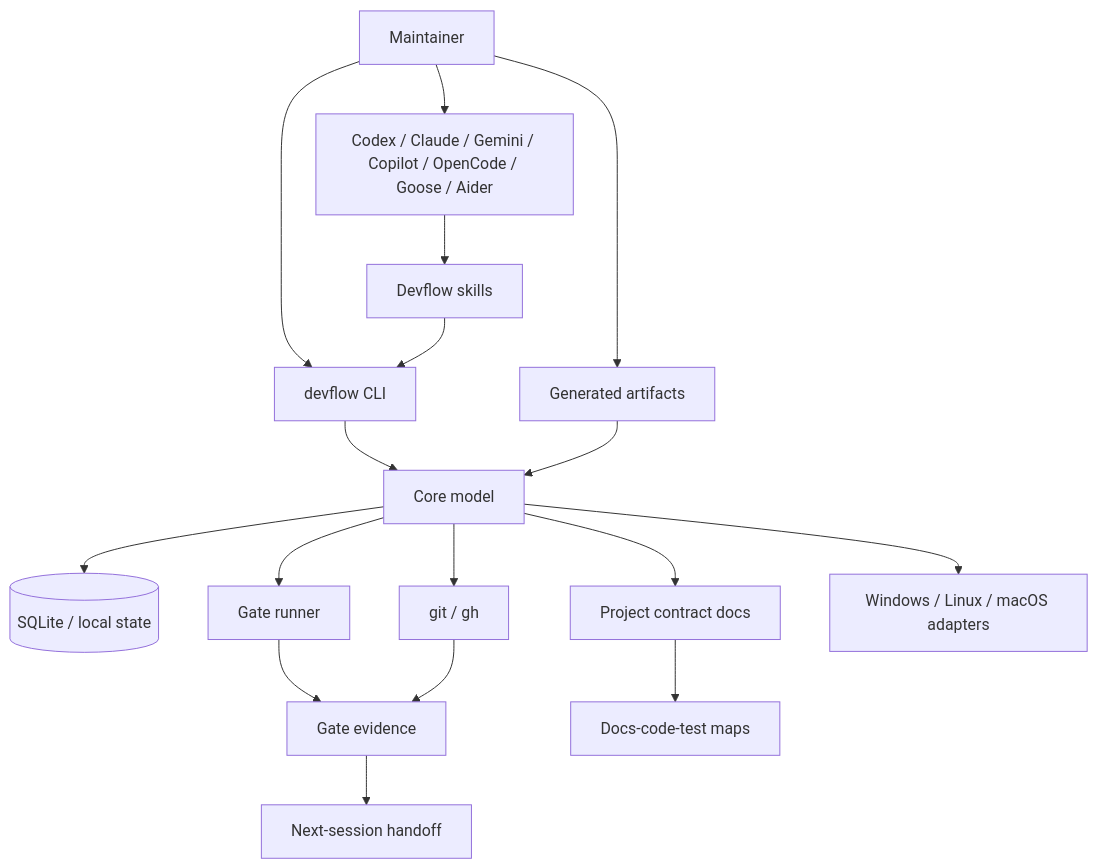
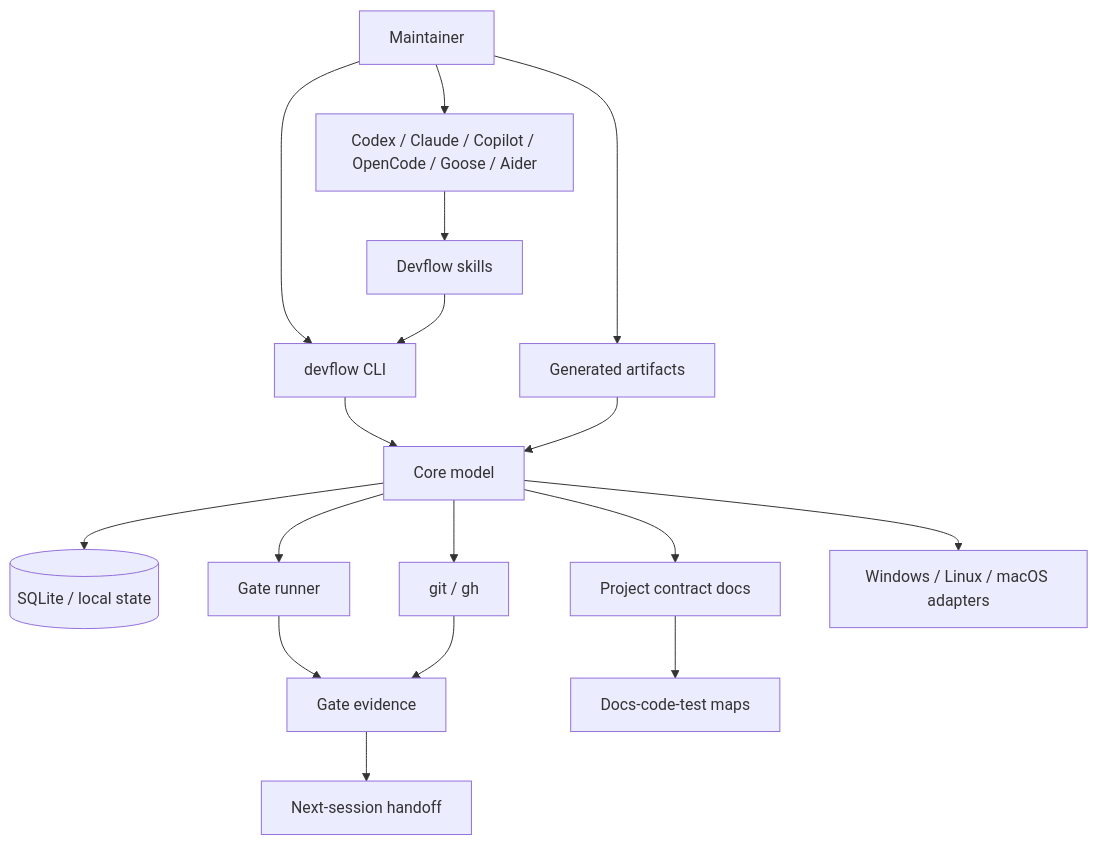
One commit to Sungblab/devflow-native changed the diagram in docs/architecture/maps/system-map.md. Above: the diagram before and after it, drawn with Mermaid. The commit also changed 24 other files, not shown here.

````diff
--- a/docs/architecture/maps/system-map.md
+++ b/docs/architecture/maps/system-map.md
@@ -3,22 +3,22 @@
 ```mermaid
 flowchart TD
   User[Maintainer] --> CLI[devflow CLI]
   User --> Artifacts[Generated artifacts]
-  User --> Agent[Codex / Claude / Gemini / Copilot / OpenCode / Goose / Aider]
+  User --> Agent[Codex / Claude / Copilot / OpenCode / Goose / Aider]
 
   CLI --> Core[Core model]
   Artifacts --> Core
   Agent --> Skills[Devflow skills]
   Skills --> CLI
 
   Core --> Store[(SQLite / local state)]
   Core --> Git[git / gh]
   Core --> Gates[Gate runner]
   Core --> Docs[Project contract docs]
   Core --> Platform[Windows / Linux / macOS adapters]
 
   Gates --> Evidence[Gate evidence]
   Git --> Evidence
   Docs --> Maps[Docs-code-test maps]
   Evidence --> Handoff[Next-session handoff]
 ```
````
